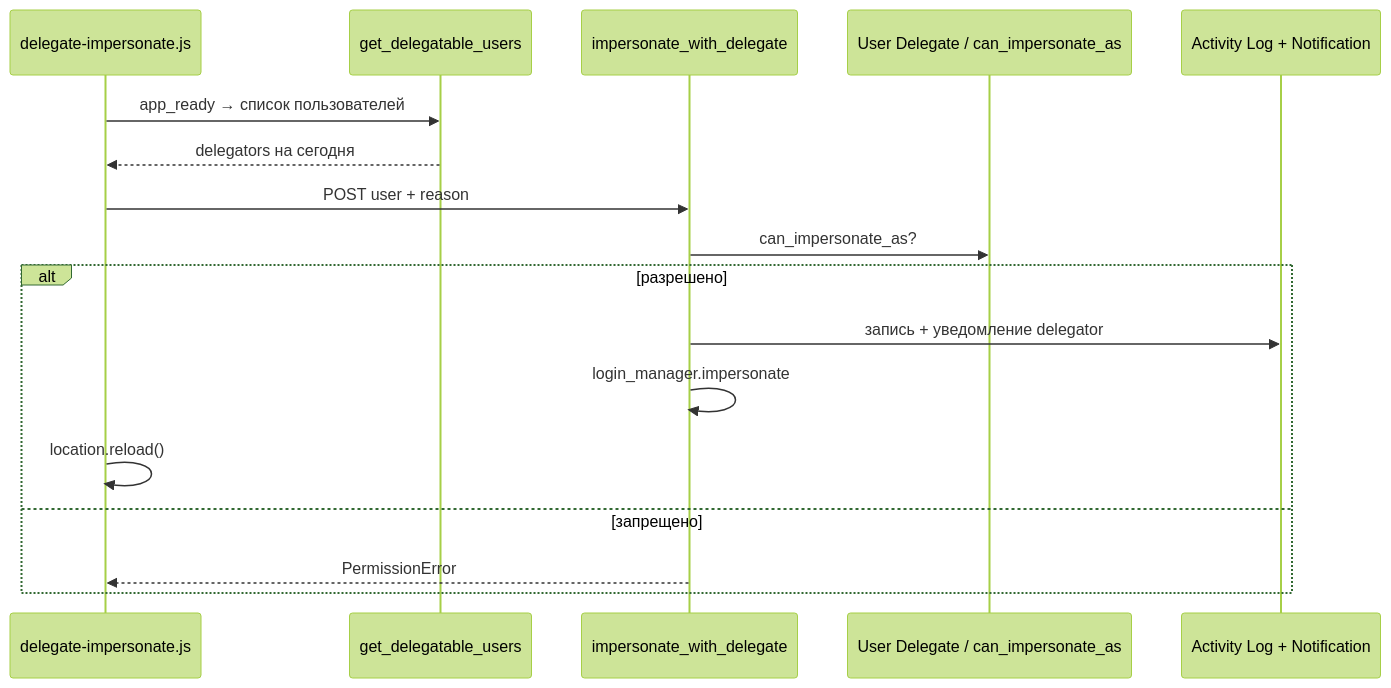
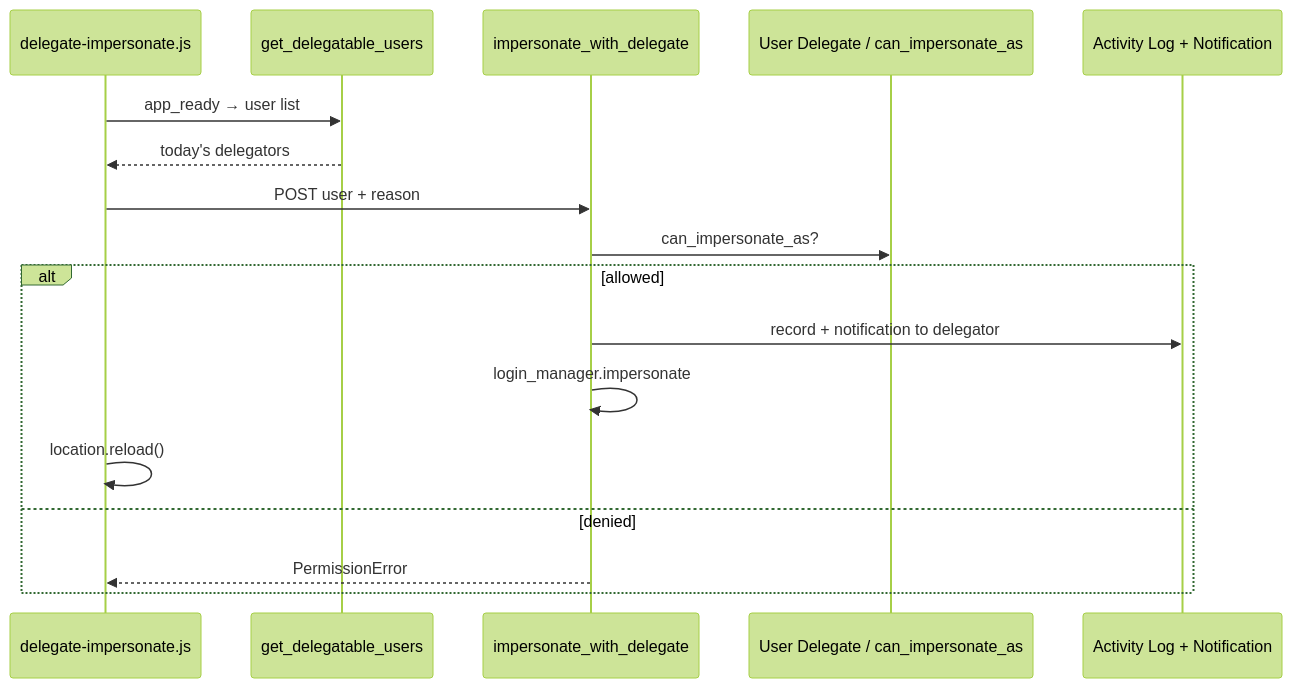
The second of 2 diagrams in README.md (Dinext-pro/dinext-deputies), drawn with Mermaid (forest theme) before and after one commit. The commit also changed other lines of this file and 1 other file, not shown here.

````diff
--- a/README.md
+++ b/README.md
@@ -218,20 +212,20 @@
 ```mermaid
 sequenceDiagram
     participant UI as delegate-impersonate.js
     participant API as get_delegatable_users
     participant Imp as impersonate_with_delegate
     participant UD as User Delegate / can_impersonate_as
     participant Log as Activity Log + Notification
 
-    UI->>API: app_ready → список пользователей
-    API-->>UI: delegators на сегодня
+    UI->>API: app_ready → user list
+    API-->>UI: today's delegators
     UI->>Imp: POST user + reason
     Imp->>UD: can_impersonate_as?
-    alt разрешено
-        Imp->>Log: запись + уведомление delegator
+    alt allowed
+        Imp->>Log: record + notification to delegator
         Imp->>Imp: login_manager.impersonate
         UI->>UI: location.reload()
-    else запрещено
+    else denied
         Imp-->>UI: PermissionError
     end
 ```
````
